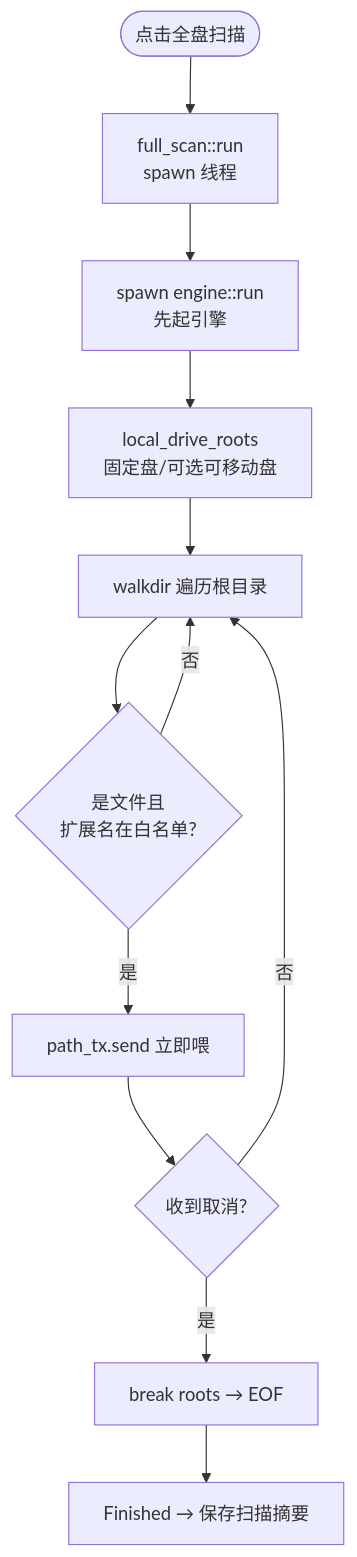
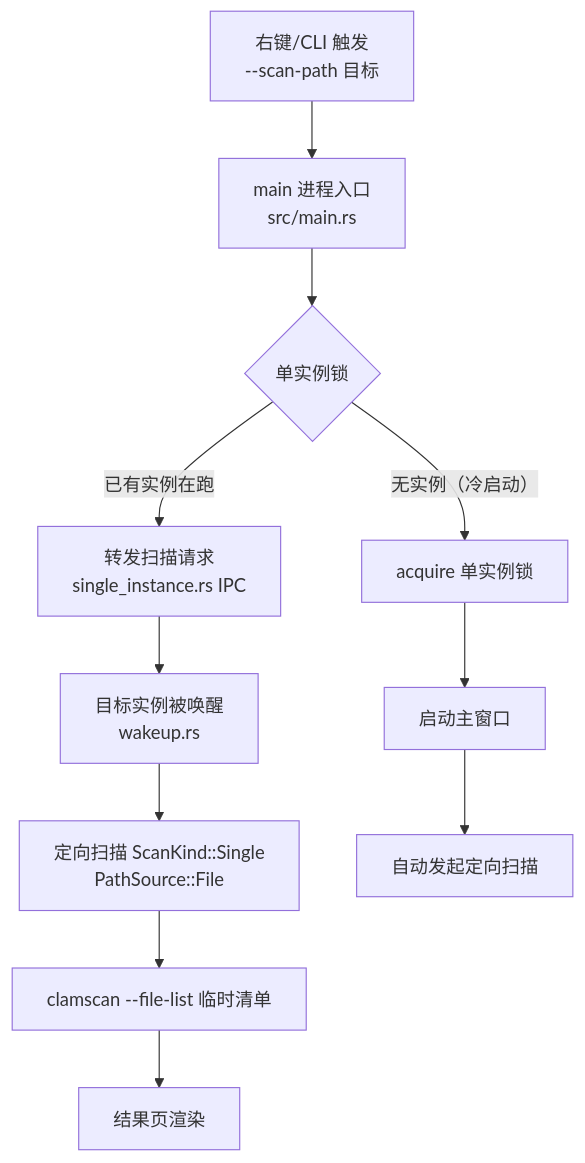
The fourth of 7 diagrams in .terrain/human/3.工作流.md (sopaco/CLV3000), drawn with Mermaid before and after one commit. The commit also changed other lines of this file and 11 other files, not shown here.

````diff
--- a/.terrain/human/3.工作流.md
+++ b/.terrain/human/3.工作流.md
@@ -112,14 +107,13 @@
 ```mermaid
 flowchart TD
-    Start([点击全盘扫描]) --> A["full_scan::run<br/>spawn 线程"]
-    A --> B["spawn engine::run<br/>先起引擎"]
-    B --> C["local_drive_roots<br/>固定盘/可选可移动盘"]
-    C --> D["walkdir 遍历根目录"]
-    D --> E{是文件且<br/>扩展名在白名单?}
-    E -->|否| D
-    E -->|是| F["path_tx.send 立即喂"]
-    F --> G{"收到取消?"}
-    G -->|是| H["break roots → EOF"]
-    G -->|否| D
-    H --> I["Finished → 保存扫描摘要"]
+    A["右键/CLI 触发<br/>--scan-path 目标"] --> B["main 进程入口<br/>src/main.rs"]
+    B --> C{"单实例锁"}
+    C -- 已有实例在跑 --> D["转发扫描请求<br/>single_instance.rs IPC"]
+    D --> E["目标实例被唤醒<br/>wakeup.rs"]
+    E --> F["定向扫描 ScanKind::Single<br/>PathSource::File"]
+    C -- 无实例（冷启动）--> G["acquire 单实例锁"]
+    G --> H["启动主窗口"]
+    H --> I["自动发起定向扫描"]
+    F --> J["clamscan --file-list 临时清单"]
+    J --> K["结果页渲染"]
 ```
````
